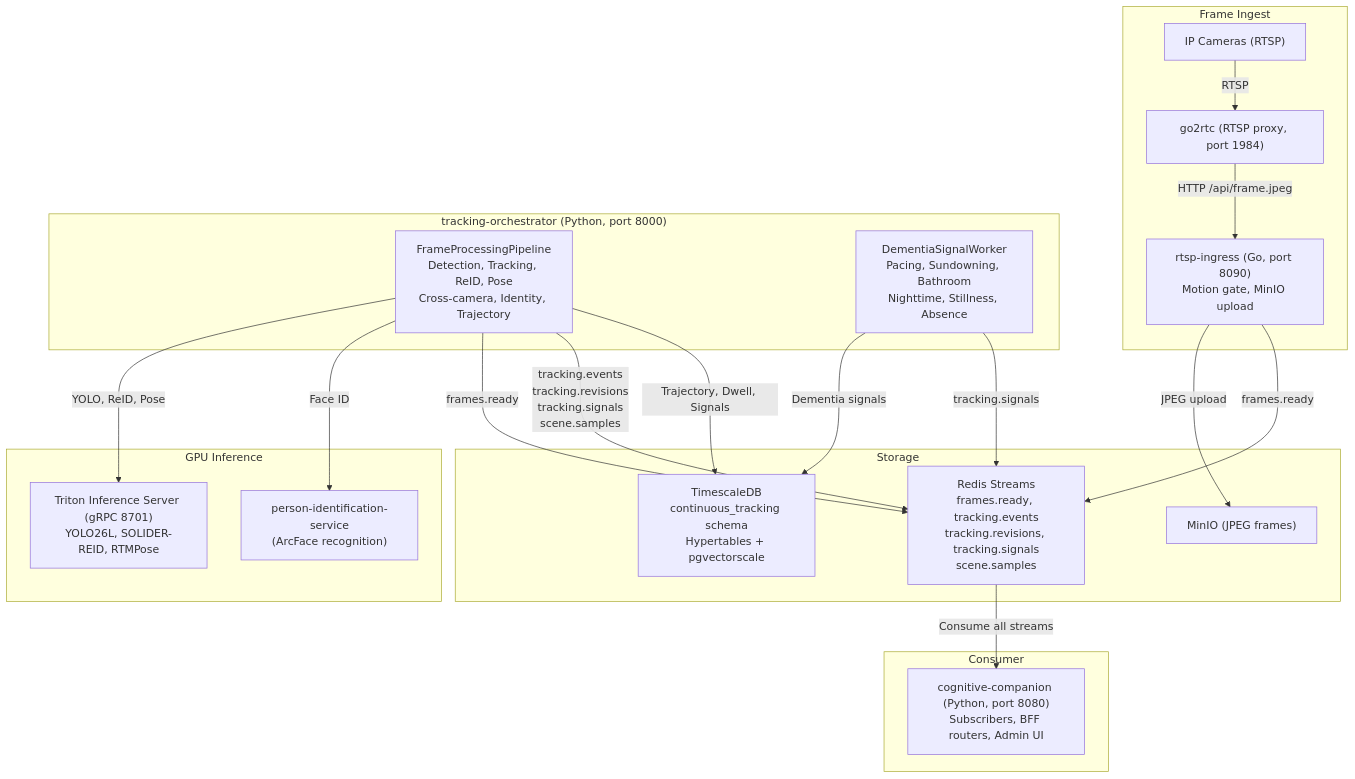
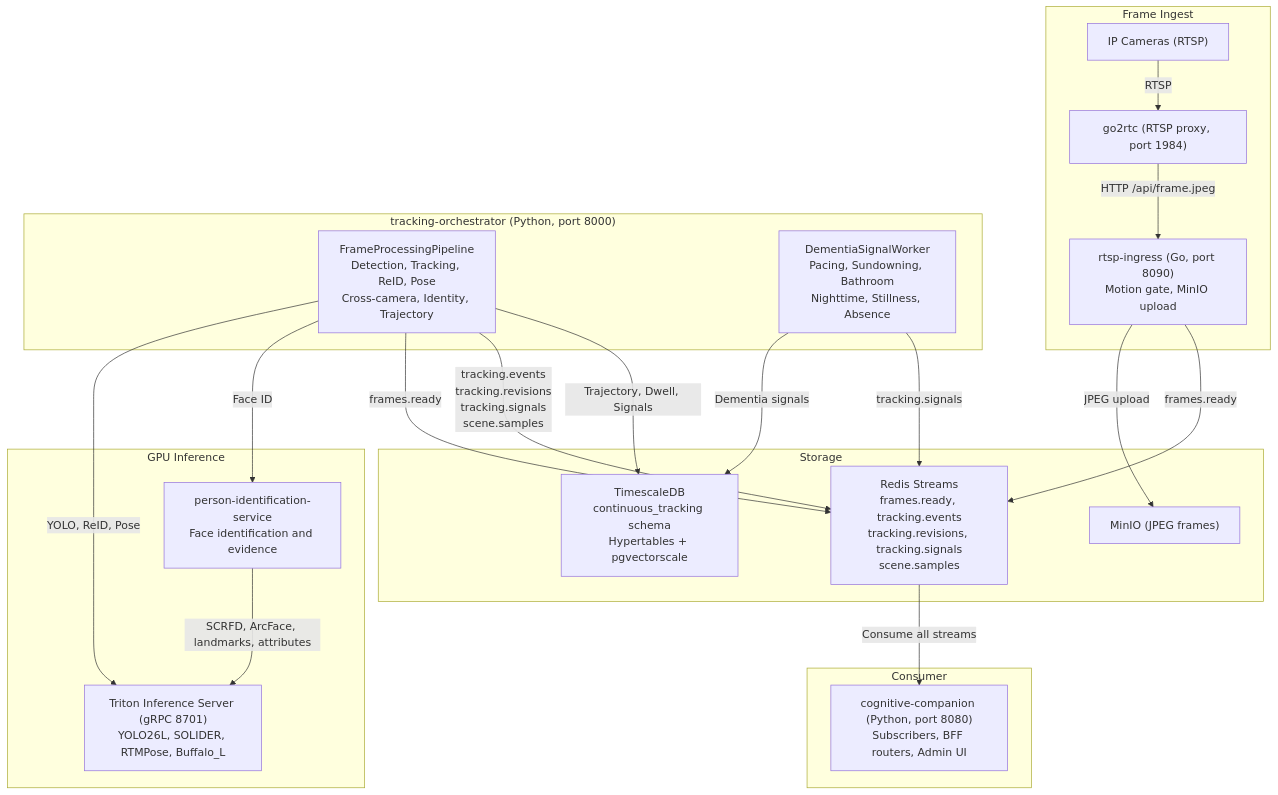
The diagram in docs/features/continuous-tracking.md (SilverMind-Project/SilverMind-Project.github.io), drawn with Mermaid before and after one commit. The commit also changed other lines of this file and 16 other files, not shown here.

````diff
--- a/docs/features/continuous-tracking.md
+++ b/docs/features/continuous-tracking.md
@@ -18,44 +18,45 @@
 ```mermaid
 flowchart TB
     subgraph Ingest["Frame Ingest"]
         Cameras["IP Cameras (RTSP)"]
         Go2RTC["go2rtc (RTSP proxy, port 1984)"]
         Ingress["rtsp-ingress (Go, port 8090)\nMotion gate, MinIO upload"]
     end
 
     subgraph Inference["GPU Inference"]
-        Triton["Triton Inference Server (gRPC 8701)\nYOLO26L, SOLIDER-REID, RTMPose"]
-        PersonID["person-identification-service\n(ArcFace recognition)"]
+        Triton["Triton Inference Server (gRPC 8701)\nYOLO26L, SOLIDER, RTMPose, Buffalo_L"]
+        PersonID["person-identification-service\nFace identification and evidence"]
     end
 
     subgraph Orchestrator["tracking-orchestrator (Python, port 8000)"]
         Pipeline["FrameProcessingPipeline\nDetection, Tracking, ReID, Pose\nCross-camera, Identity, Trajectory"]
         Signals["DementiaSignalWorker\nPacing, Sundowning, Bathroom\nNighttime, Stillness, Absence"]
     end
 
     subgraph Storage["Storage"]
         TimescaleDB["TimescaleDB\ncontinuous_tracking schema\nHypertables + pgvectorscale"]
         MinIO["MinIO (JPEG frames)"]
         Redis["Redis Streams\nframes.ready, tracking.events\ntracking.revisions, tracking.signals\nscene.samples"]
     end
 
     subgraph Consumer["Consumer"]
         CC["cognitive-companion (Python, port 8080)\nSubscribers, BFF routers, Admin UI"]
     end
 
     Cameras -->|"RTSP"| Go2RTC
     Go2RTC -->|"HTTP /api/frame.jpeg"| Ingress
     Ingress -->|"JPEG upload"| MinIO
     Ingress -->|"frames.ready"| Redis
 
     Pipeline -->|"YOLO, ReID, Pose"| Triton
     Pipeline -->|"Face ID"| PersonID
+    PersonID -->|"SCRFD, ArcFace, landmarks, attributes"| Triton
     Pipeline -->|"frames.ready"| Redis
     Pipeline -->|"tracking.events\ntracking.revisions\ntracking.signals\nscene.samples"| Redis
     Pipeline -->|"Trajectory, Dwell, Signals"| TimescaleDB
 
     Signals -->|"Dementia signals"| TimescaleDB
     Signals -->|"tracking.signals"| Redis
 
     Redis -->|"Consume all streams"| CC
 ```
````
